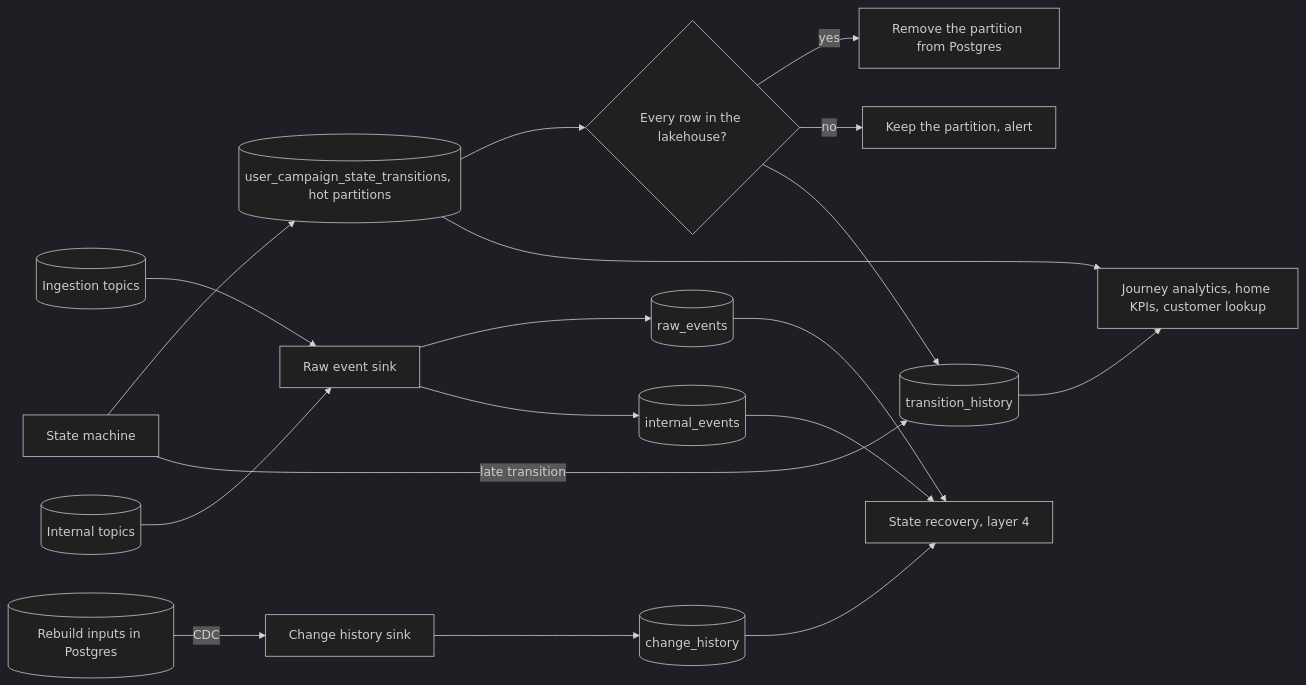
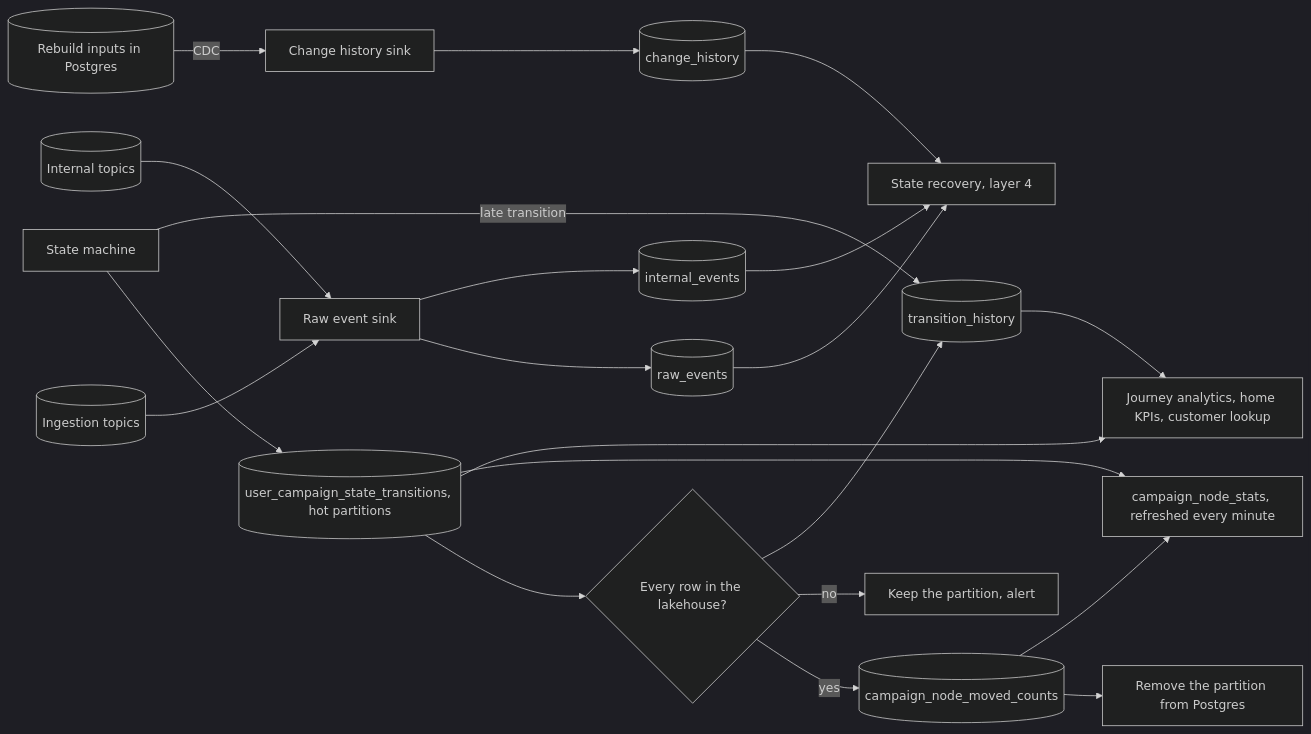
One commit to 18120158binh/salarose changed the diagram in docs/internal/architecture/components/lakehouse.md. Above: the diagram before and after it, drawn with Mermaid (dark theme). The commit also changed other lines of this file and 15 other files, not shown here.

First line of the commit message:
docs: campaign_node_stats as a materialized view over hot and moved counts (#174)

````diff
--- a/docs/internal/architecture/components/lakehouse.md
+++ b/docs/internal/architecture/components/lakehouse.md
@@ -69,20 +70,23 @@
 ```mermaid
 flowchart LR
 	topics[(Ingestion topics)] --> rawsink[Raw event sink]
 	rawsink --> raw[(raw_events)]
 	sm[State machine] --> hot[(user_campaign_state_transitions, hot partitions)]
 	sm -- late transition --> hist
 	hot --> move{Every row in the lakehouse?}
-	move -- yes --> drop[Remove the partition from Postgres]
+	move -- yes --> counts[(campaign_node_moved_counts)]
+	counts --> drop[Remove the partition from Postgres]
+	hot --> stats[campaign_node_stats, refreshed every minute]
+	counts --> stats
 	move -- no --> keep[Keep the partition, alert]
 	move --> hist[(transition_history)]
 	internal[(Internal topics)] --> rawsink
 	rawsink --> intev[(internal_events)]
 	pgin[(Rebuild inputs in Postgres)] -- CDC --> chsink[Change history sink]
 	chsink --> changes[(change_history)]
 	raw --> rebuild[State recovery, layer 4]
 	intev --> rebuild
 	changes --> rebuild
 	hot --> analytics[Journey analytics, home KPIs, customer lookup]
 	hist --> analytics
 ```
````
